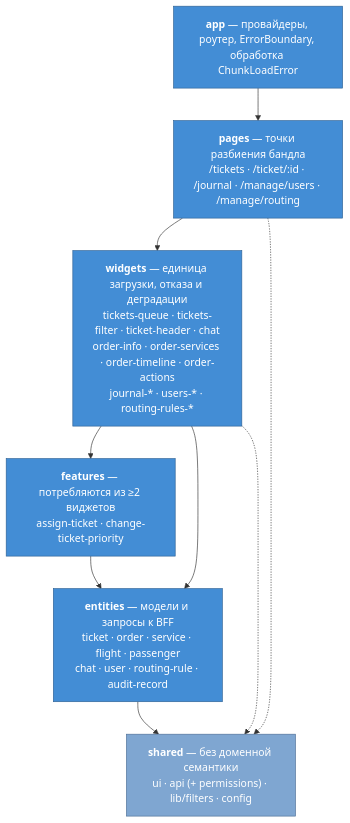
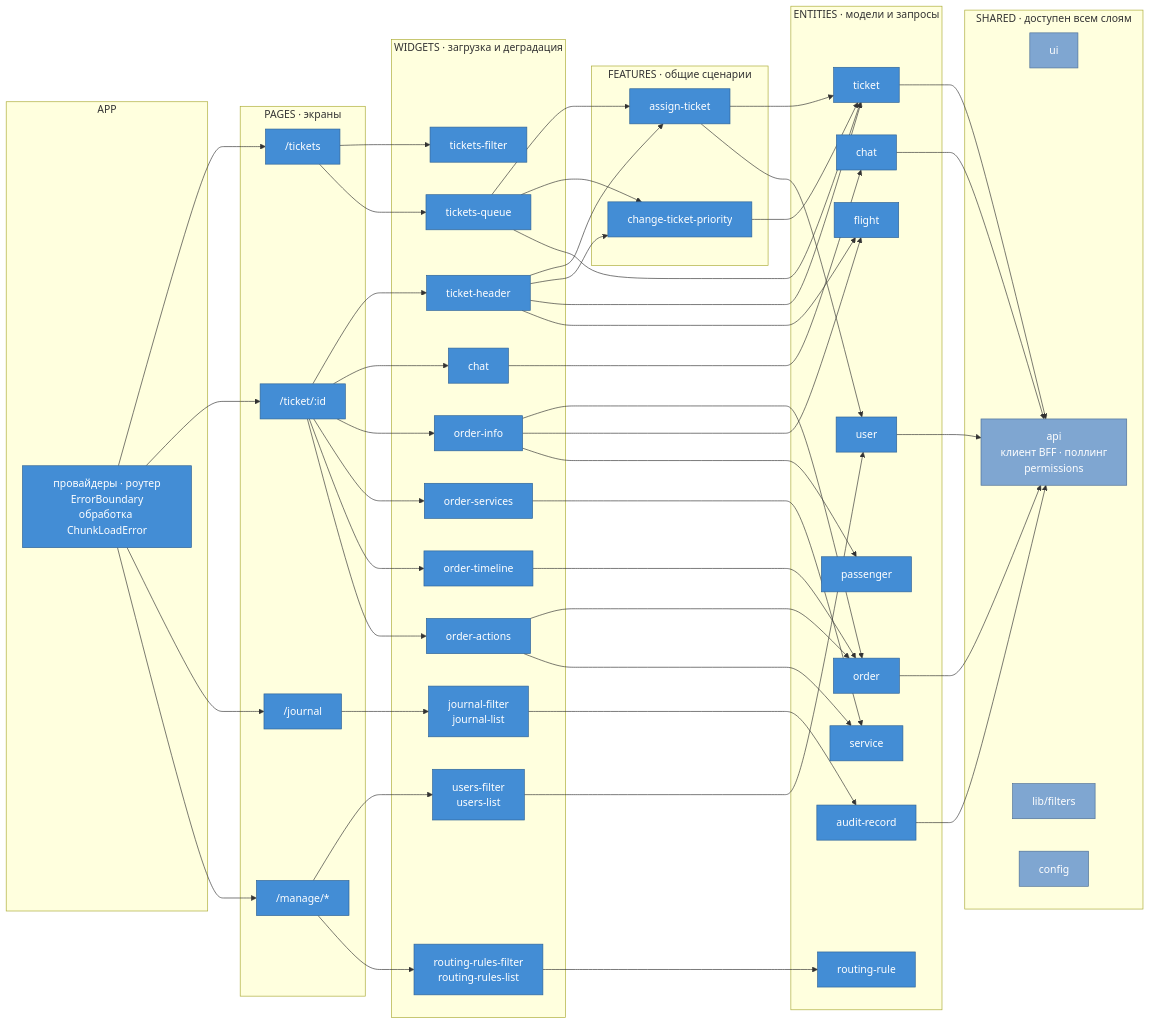
The first of 2 diagrams in docs/frontend-architecture.md (lionlimon/otus_lessons), drawn with Mermaid before and after one commit. The commit also changed other lines of this file, not shown here.

Commit message:
HW: simplify doc

````diff
--- a/docs/frontend-architecture.md
+++ b/docs/frontend-architecture.md
@@ -26,19 +26,103 @@
 ```mermaid
-flowchart TB
-    app["<b>app</b> — провайдеры, роутер, ErrorBoundary, обработка ChunkLoadError"]
-    pages["<b>pages</b> — точки разбиения бандла<br/>/tickets · /ticket/:id · /journal · /manage/users · /manage/routing"]
-    widgets["<b>widgets</b> — единица загрузки, отказа и деградации<br/>tickets-queue · tickets-filter · ticket-header · chat<br/>order-info · order-services · order-timeline · order-actions<br/>journal-* · users-* · routing-rules-*"]
-    features["<b>features</b> — потребляются из ≥2 виджетов<br/>assign-ticket · change-ticket-priority"]
-    entities["<b>entities</b> — модели и запросы к BFF<br/>ticket · order · service · flight · passenger<br/>chat · user · routing-rule · audit-record"]
-    shared["<b>shared</b> — без доменной семантики<br/>ui · api (+ permissions) · lib/filters · config"]
+flowchart LR
+    subgraph app["APP"]
+        a1["провайдеры · роутер<br/>ErrorBoundary<br/>обработка ChunkLoadError"]
+    end
 
-    app --> pages --> widgets --> features --> entities --> shared
-    widgets --> entities
-    pages -.-> shared
-    widgets -.-> shared
+    subgraph pages["PAGES · экраны"]
+        p1["/tickets"]
+        p2["/ticket/:id"]
+        p3["/journal"]
+        p4["/manage/*"]
+    end
+
+    subgraph widgets["WIDGETS · загрузка и деградация"]
+        w1["tickets-filter"]
+        w2["tickets-queue"]
+        w3["ticket-header"]
+        w4["chat"]
+        w5["order-info"]
+        w6["order-services"]
+        w7["order-timeline"]
+        w8["order-actions"]
+        w9["journal-filter<br/>journal-list"]
+        w10["users-filter<br/>users-list"]
+        w11["routing-rules-filter<br/>routing-rules-list"]
+    end
+
+    subgraph features["FEATURES · общие сценарии"]
+        f1["assign-ticket"]
+        f2["change-ticket-priority"]
+    end
+
+    subgraph entities["ENTITIES · модели и запросы"]
+        e1["ticket"]
+        e2["order"]
+        e3["service"]
+        e4["flight"]
+        e5["passenger"]
+        e6["chat"]
+        e7["user"]
+        e8["routing-rule"]
+        e9["audit-record"]
+    end
+
+    subgraph shared["SHARED · доступен всем слоям"]
+        s1["ui"]
+        s2["api<br/>клиент BFF · поллинг<br/>permissions"]
+        s3["lib/filters"]
+        s4["config"]
+    end
+
+    a1 --> p1
+    a1 --> p2
+    a1 --> p3
+    a1 --> p4
+
+    p1 --> w1
+    p1 --> w2
+    p2 --> w3
+    p2 --> w4
+    p2 --> w5
+    p2 --> w6
+    p2 --> w7
+    p2 --> w8
+    p3 --> w9
+    p4 --> w10
+    p4 --> w11
+
+    w2 --> f1
+    w2 --> f2
+    w3 --> f1
+    w3 --> f2
+
+    w2 --> e1
+    w3 --> e1
+    w3 --> e4
+    w4 --> e6
+    w5 --> e2
+    w5 --> e4
+    w5 --> e5
+    w6 --> e3
+    w7 --> e2
+    w8 --> e2
+    w8 --> e3
+    w9 --> e9
+    w10 --> e7
+    w11 --> e8
+
+    f1 --> e1
+    f1 --> e7
+    f2 --> e1
+
+    e1 --> s2
+    e2 --> s2
+    e6 --> s2
+    e7 --> s2
+    e9 --> s2
 
     classDef layer fill:#438dd5,stroke:#2e6295,color:#fff
     classDef sh fill:#7fa6d1,stroke:#4d6f96,color:#fff
-    class app,pages,widgets,features,entities layer
-    class shared sh
+    class a1,p1,p2,p3,p4,w1,w2,w3,w4,w5,w6,w7,w8,w9,w10,w11,f1,f2,e1,e2,e3,e4,e5,e6,e7,e8,e9 layer
+    class s1,s2,s3,s4 sh
 ```
````
